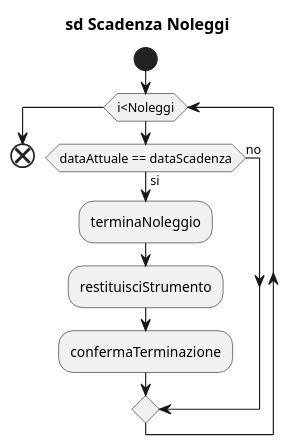
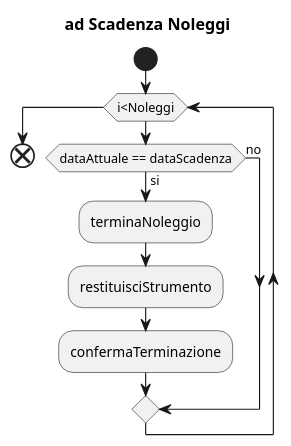
Before and after one commit to sprinja/Progetto_Shop_Strumenti_Musicali: the diagram in uml/Diagrammi di attività/Diagrammadiattivita_ScadenzaNoleggi.puml, drawn with PlantUML. The commit also changed 16 other files, not shown here.

```diff
--- a/uml/Diagrammi di attività/Diagrammadiattivita_ScadenzaNoleggi.puml
+++ b/uml/Diagrammi di attività/Diagrammadiattivita_ScadenzaNoleggi.puml
@@ -1,14 +1,14 @@
 @startuml
-title sd Scadenza Noleggi
+title ad Scadenza Noleggi
 
 start
 while (i<Noleggi)
     if (dataAttuale == dataScadenza) then (si)
         :terminaNoleggio;
         :restituisciStrumento;
         :confermaTerminazione;
     else (no)
     endif
 endwhile
 end
 @enduml
```
